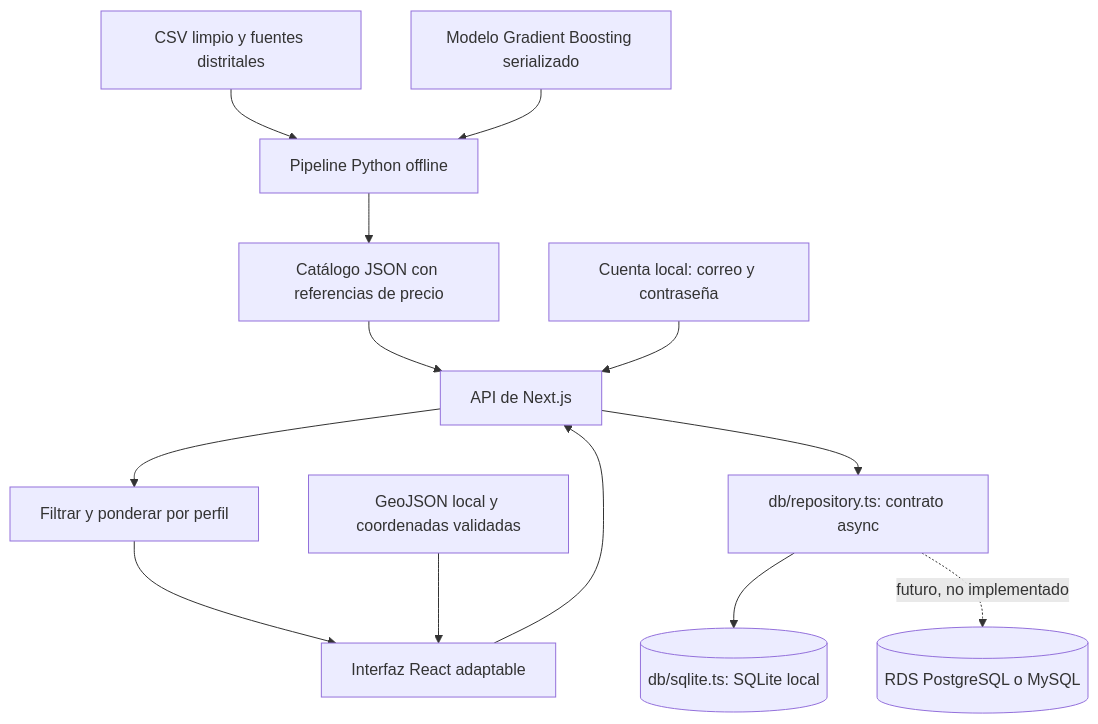
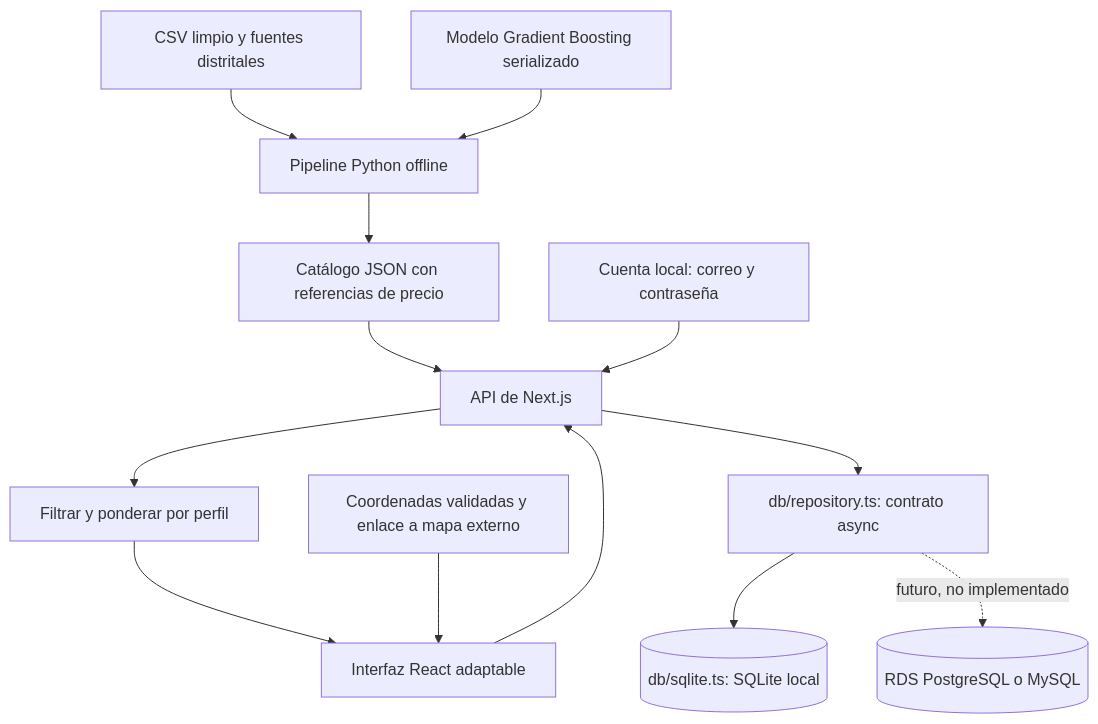
The diagram in deliveries/week10/PrototypeReport.md (Jyns123/DPD), drawn with Mermaid before and after one commit. The commit also changed other lines of this file and 7 other files, not shown here.

````diff
--- a/deliveries/week10/PrototypeReport.md
+++ b/deliveries/week10/PrototypeReport.md
@@ -61,15 +61,15 @@
 ```mermaid
 flowchart TD
   A[CSV limpio y fuentes distritales] --> B[Pipeline Python offline]
   M[Modelo Gradient Boosting serializado] --> B
   B --> C[Catálogo JSON con referencias de precio]
   C --> D[API de Next.js]
   U[Interfaz React adaptable] --> D
   D --> R[Filtrar y ponderar por perfil]
   I[Cuenta local: correo y contraseña] --> D
   D --> E[db/repository.ts: contrato async]
   E --> DB[(db/sqlite.ts: SQLite local)]
   E -. futuro, no implementado .-> F[(RDS PostgreSQL o MySQL)]
   R --> U
-  G[GeoJSON local y coordenadas validadas] --> U
+  G[Coordenadas validadas y enlace a mapa externo] --> U
 ```
````
